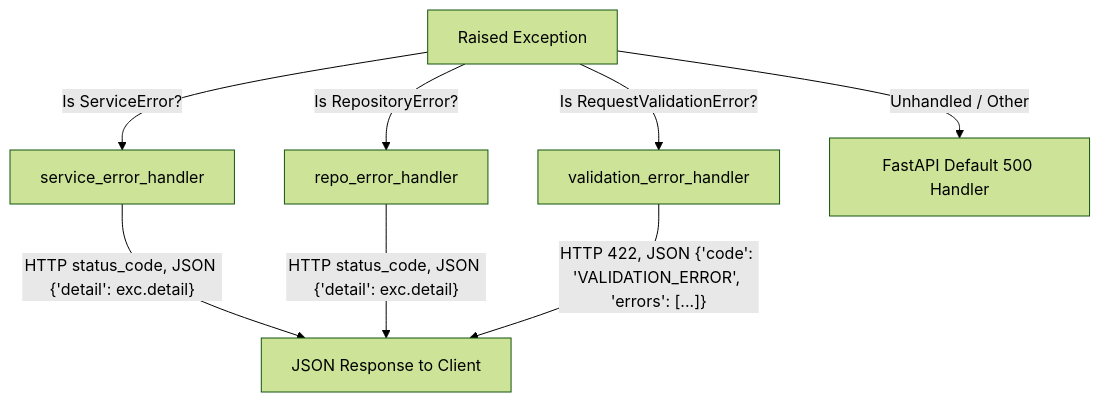
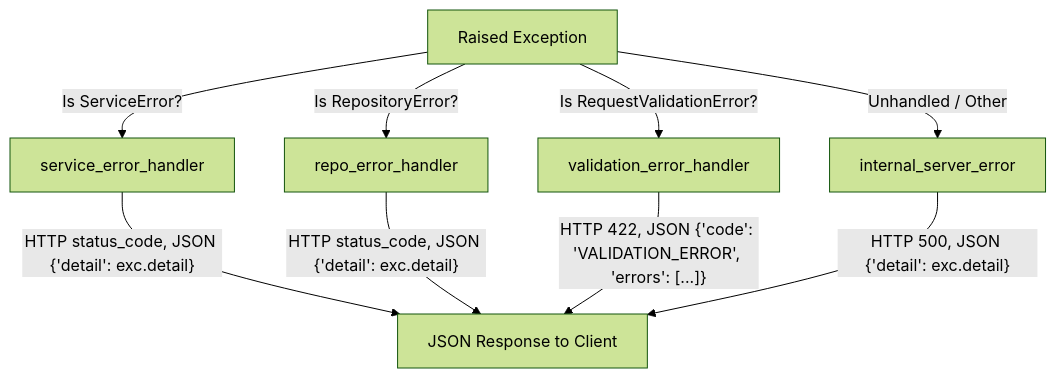
Before and after one commit to Krystof2ms/NutriUC-backend: the fourth of 4 diagrams in docs/architecture.md, drawn with Mermaid (forest theme).

````diff
--- a/docs/architecture.md
+++ b/docs/architecture.md
@@ -447,13 +447,14 @@
 ```mermaid
 flowchart TD
     Exc["Raised Exception"]
 
     Exc -->|Is ServiceError?| SE["service_error_handler"]
     Exc -->|Is RepositoryError?| RE["repo_error_handler"]
     Exc -->|Is RequestValidationError?| VE["validation_error_handler"]
-    Exc -->|Unhandled / Other| Standard["FastAPI Default 500 Handler"]
+    Exc -->|Unhandled / Other| Standard["internal_server_error"]
 
     SE -->|"HTTP status_code, JSON {'detail': exc.detail}"| Response["JSON Response to Client"]
-    RE -->|"HTTP status_code, JSON {'detail': exc.detail}"| Response
+    RE -->|"HTTP status_code, JSON {'detail': exc.detail}"| Response["JSON Response to Client"]
     VE -->|"HTTP 422, JSON {'code': 'VALIDATION_ERROR', 'errors': [...]}"| Response
+    Standard -->|"HTTP 500, JSON {'detail': exc.detail}"| Response["JSON Response to Client"]
 ```
````
